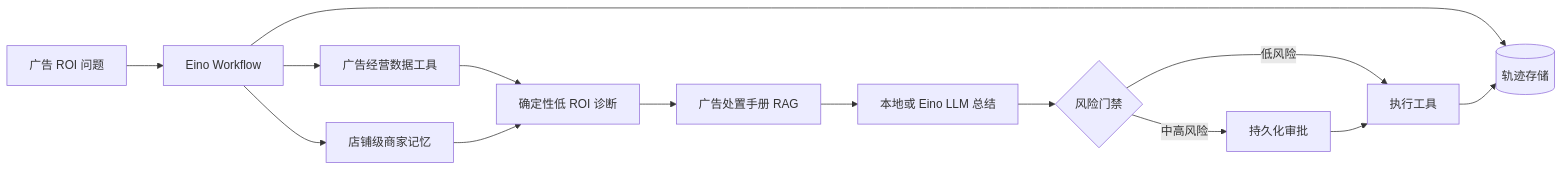
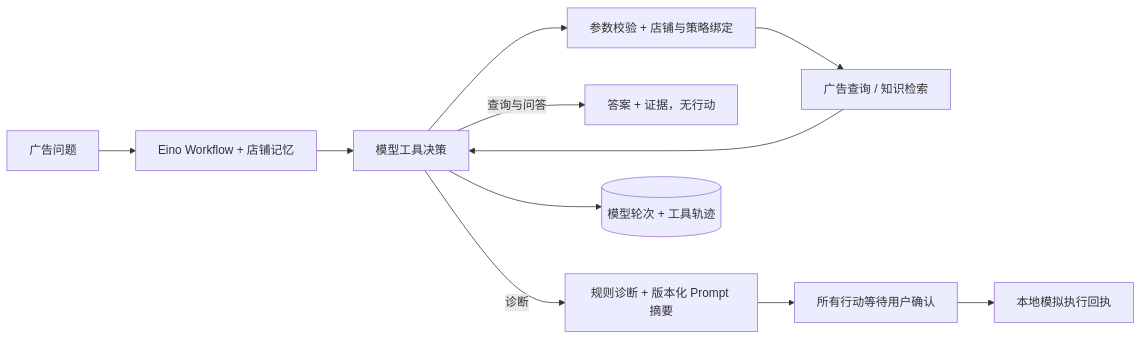
Before and after one commit to inv1sion/EvoOps: the second of 2 diagrams in README.md, drawn with Mermaid. The commit also changed other lines of this file and 22 other files, not shown here.

````diff
--- a/README.md
+++ b/README.md
@@ -96,16 +99,13 @@
 ```mermaid
 flowchart LR
-    Q[广告 ROI 问题] --> W[Eino Workflow]
-    W --> C[广告经营数据工具]
-    W --> L[店铺级商家记忆]
-    C --> D[确定性低 ROI 诊断]
-    L --> D
-    D --> R[广告处置手册 RAG]
-    R --> S[本地或 Eino LLM 总结]
-    S --> G{风险门禁}
-    G -->|低风险| X[执行工具]
-    G -->|中高风险| H[持久化审批]
-    H --> X
-    W --> T[(轨迹存储)]
-    X --> T
+    Q[广告问题] --> W[Eino Workflow + 店铺记忆]
+    W --> M[模型工具决策]
+    M --> V[参数校验 + 店铺与策略绑定]
+    V --> R[广告查询 / 知识检索]
+    R --> M
+    M -->|查询与问答| A[答案 + 证据，无行动]
+    M -->|诊断| D[规则诊断 + 版本化 Prompt 摘要]
+    D --> H[所有行动等待用户确认]
+    H --> X[本地模拟执行回执]
+    M --> T[(模型轮次 + 工具轨迹)]
 ```
````
